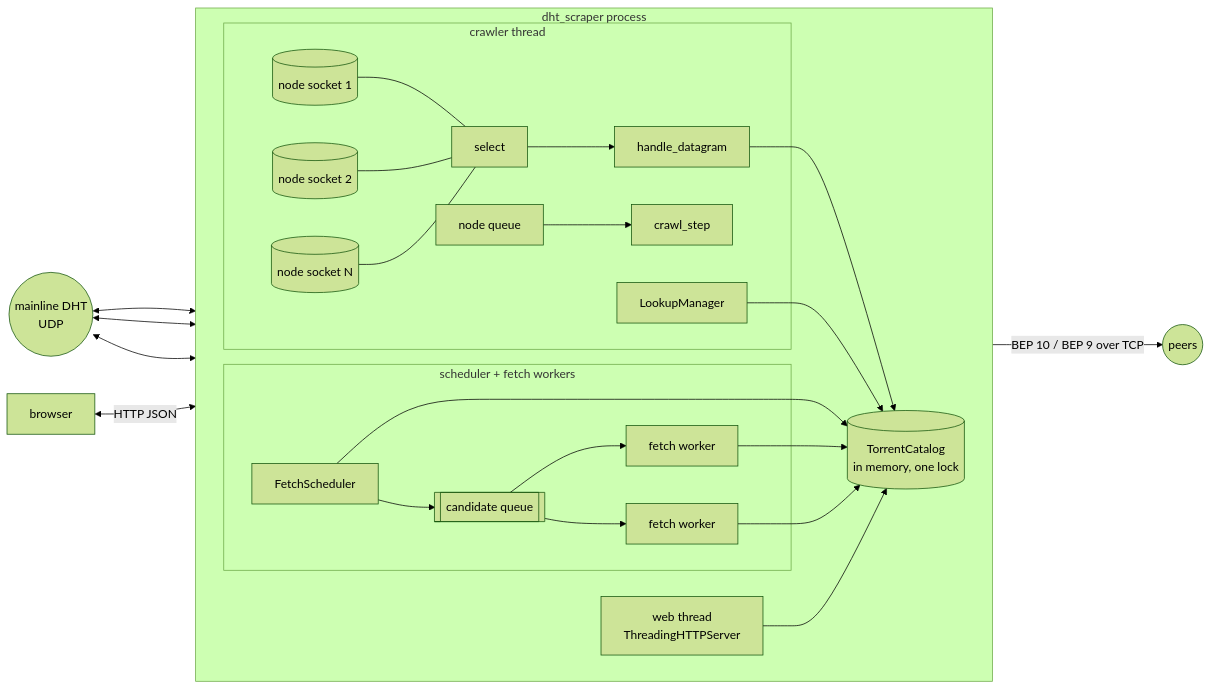
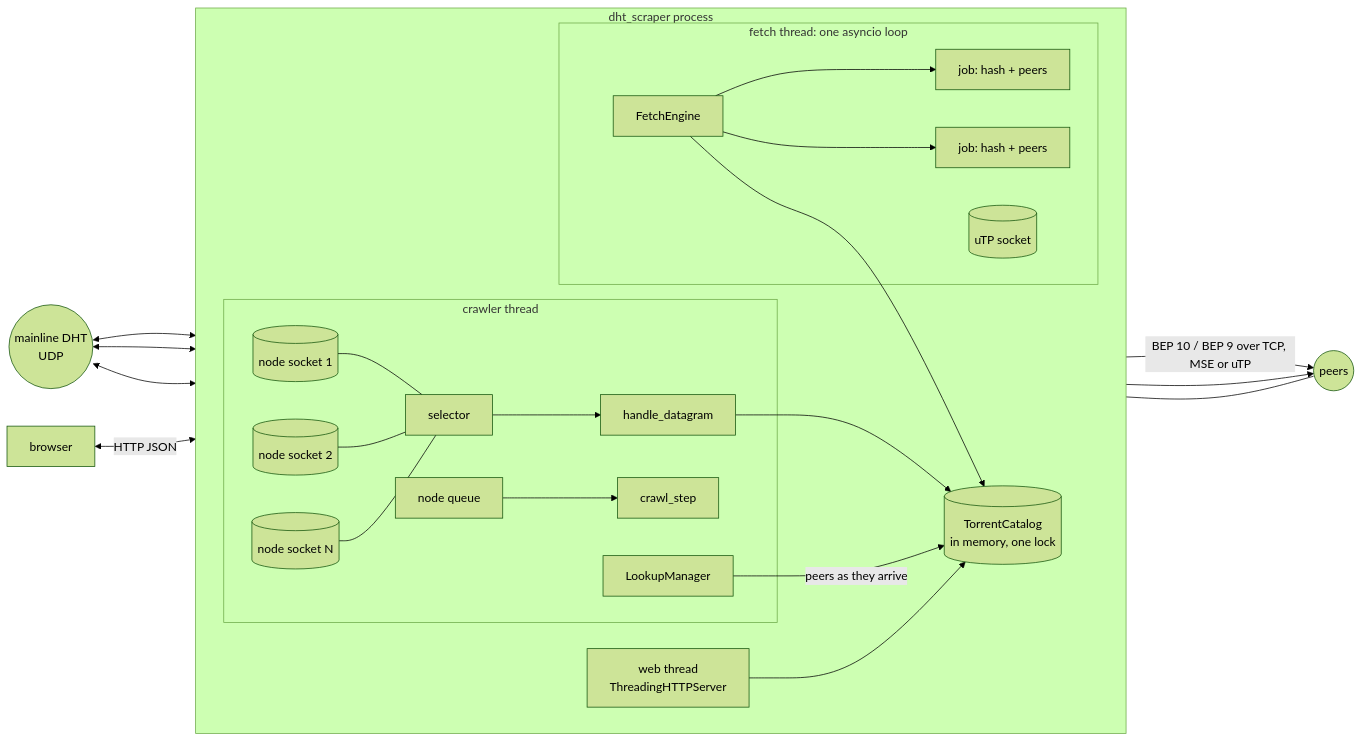
The first of 7 diagrams in README.md (J4GL/LIF), drawn with Mermaid (forest theme) before and after one commit. The commit also changed other lines of this file and 32 other files, not shown here.

````diff
--- a/README.md
+++ b/README.md
@@ -74,31 +93,32 @@
 ```mermaid
 flowchart LR
     subgraph process[dht_scraper process]
         direction LR
         subgraph crawler[crawler thread]
-            S1[(node socket 1)] --- SEL[select]
+            S1[(node socket 1)] --- SEL[selector]
             S2[(node socket 2)] --- SEL
             SN[(node socket N)] --- SEL
             SEL --> H[handle_datagram]
             Q[node queue] --> CS[crawl_step]
             L[LookupManager]
         end
         CAT[(TorrentCatalog<br/>in memory, one lock)]
-        subgraph fetching[scheduler + fetch workers]
-            SCH[FetchScheduler] --> CQ[[candidate queue]] --> W1[fetch worker]
-            CQ --> W2[fetch worker]
+        subgraph fetching[fetch thread: one asyncio loop]
+            FE[FetchEngine] --> J1[job: hash + peers]
+            FE --> J2[job: hash + peers]
+            U[(uTP socket)]
         end
         WEB[web thread<br/>ThreadingHTTPServer]
     end
     DHT((mainline DHT<br/>UDP)) <--> S1
     DHT <--> S2
     DHT <--> SN
     H --> CAT
-    L --> CAT
-    SCH --> CAT
-    W1 -->|"BEP 10 / BEP 9 over TCP"| PEERS((peers))
-    W1 --> CAT
-    W2 --> CAT
+    L -->|"peers as they arrive"| CAT
+    FE --> CAT
+    J1 -->|"BEP 10 / BEP 9 over TCP, MSE or uTP"| PEERS((peers))
+    J2 --> PEERS
+    U --- PEERS
     WEB --> CAT
     BROWSER[browser] <-->|"HTTP JSON"| WEB
 ```
````
